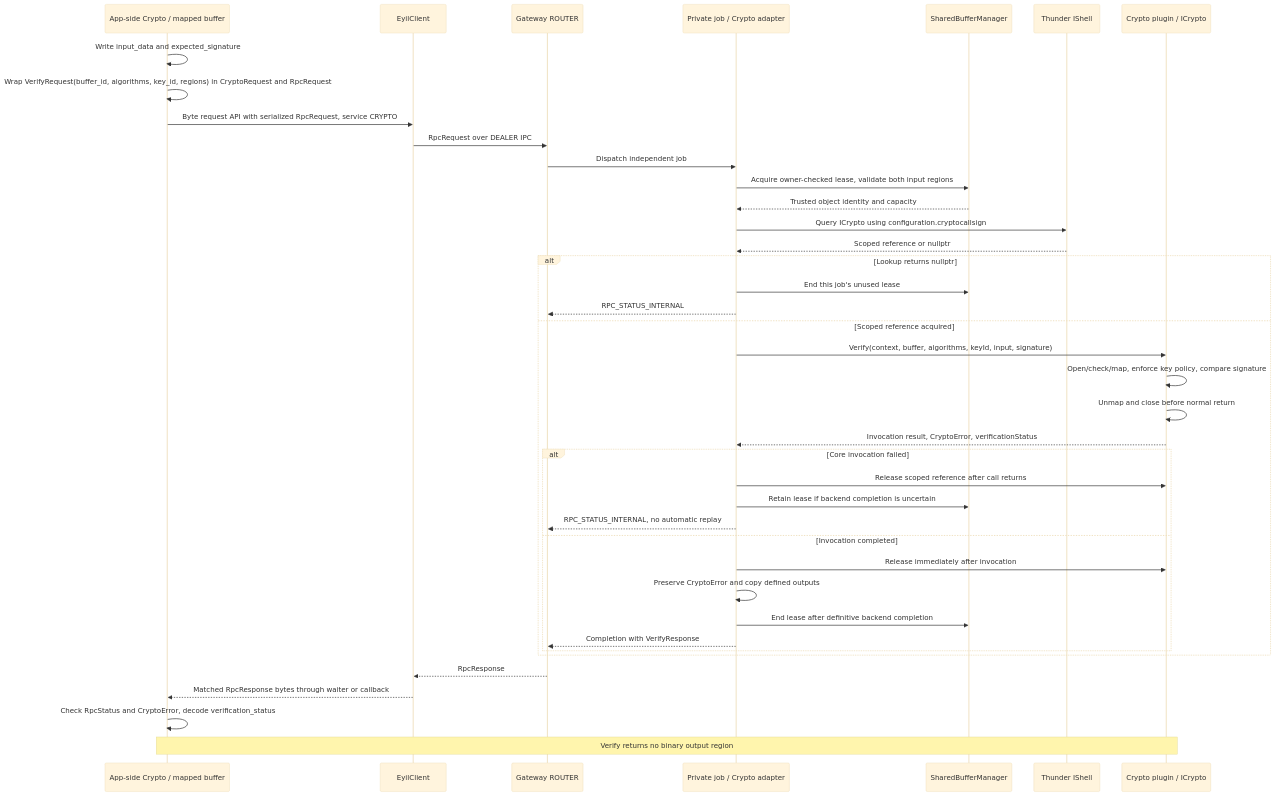
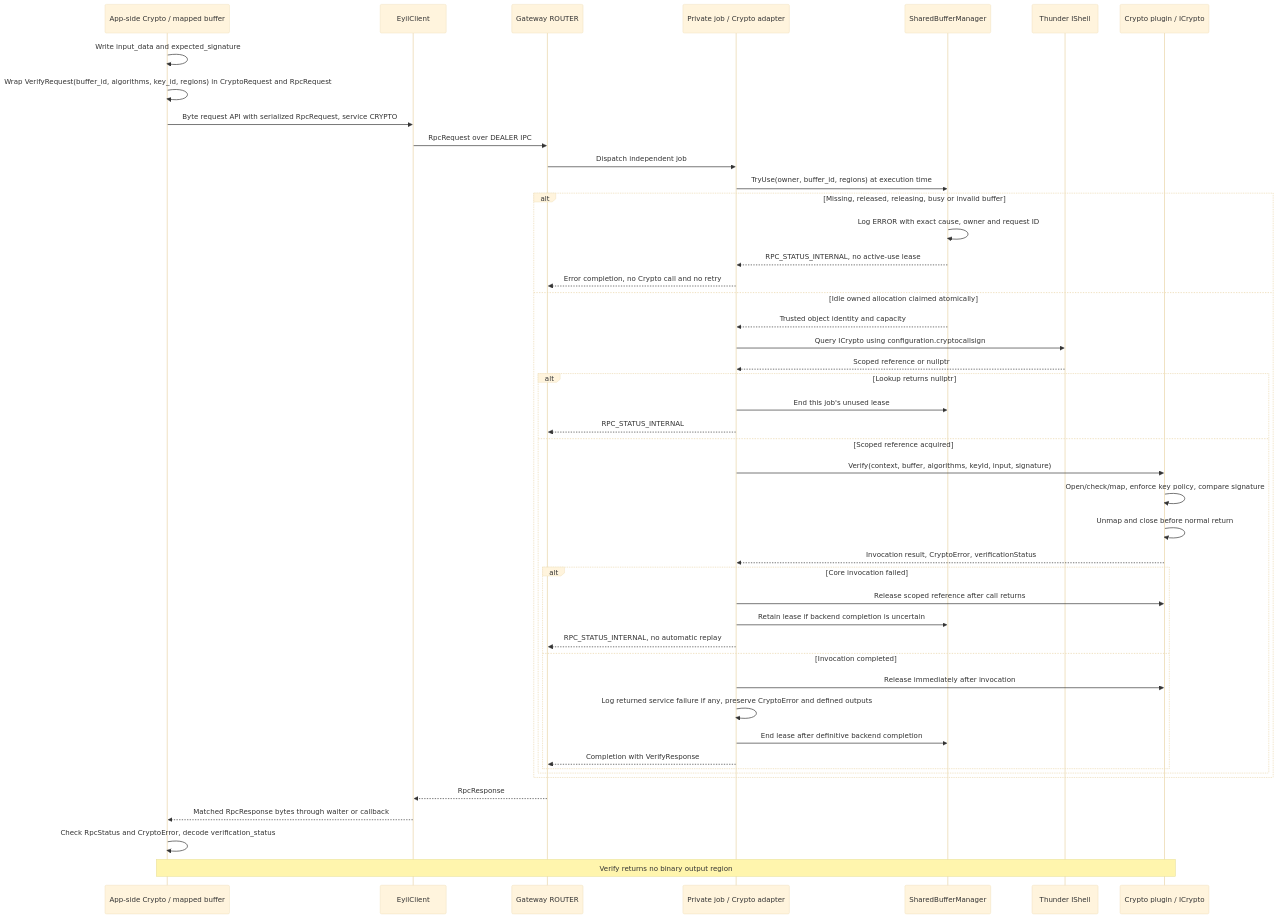
One commit to rdkcentral/eyil-secure-gateway changed diagram 26 of 36 in doc/EyilSecureGateway.md. Above: the diagram before and after it, drawn with Mermaid (base theme). The commit also changed other lines of this file and 2 other files, not shown here.

````diff
--- a/doc/EyilSecureGateway.md
+++ b/doc/EyilSecureGateway.md
@@ -3630,42 +3718,48 @@
 ```mermaid
 sequenceDiagram
     participant A as App-side Crypto / mapped buffer
     participant L as EyilClient
     participant R as Gateway ROUTER
     participant J as Private job / Crypto adapter
     participant B as SharedBufferManager
     participant T as Thunder IShell
     participant C as Crypto plugin / ICrypto
     A->>A: Write input_data and expected_signature
     A->>A: Wrap VerifyRequest(buffer_id, algorithms, key_id, regions) in CryptoRequest and RpcRequest
     A->>L: Byte request API with serialized RpcRequest, service CRYPTO
     L->>R: RpcRequest over DEALER IPC
     R->>J: Dispatch independent job
-    J->>B: Acquire owner-checked lease, validate both input regions
-    B-->>J: Trusted object identity and capacity
-    J->>T: Query ICrypto using configuration.cryptocallsign
-    T-->>J: Scoped reference or nullptr
-    alt Lookup returns nullptr
-        J->>B: End this job's unused lease
-        J-->>R: RPC_STATUS_INTERNAL
-    else Scoped reference acquired
-        J->>C: Verify(context, buffer, algorithms, keyId, input, signature)
-        C->>C: Open/check/map, enforce key policy, compare signature
-        C->>C: Unmap and close before normal return
-        C-->>J: Invocation result, CryptoError, verificationStatus
-        alt Core invocation failed
-            J->>C: Release scoped reference after call returns
-            J->>B: Retain lease if backend completion is uncertain
-            J-->>R: RPC_STATUS_INTERNAL, no automatic replay
-        else Invocation completed
-            J->>C: Release immediately after invocation
-            J->>J: Preserve CryptoError and copy defined outputs
-            J->>B: End lease after definitive backend completion
-            J-->>R: Completion with VerifyResponse
+    J->>B: TryUse(owner, buffer_id, regions) at execution time
+    alt Missing, released, releasing, busy or invalid buffer
+        B->>B: Log ERROR with exact cause, owner and request ID
+        B-->>J: RPC_STATUS_INTERNAL, no active-use lease
+        J-->>R: Error completion, no Crypto call and no retry
+    else Idle owned allocation claimed atomically
+        B-->>J: Trusted object identity and capacity
+        J->>T: Query ICrypto using configuration.cryptocallsign
+        T-->>J: Scoped reference or nullptr
+        alt Lookup returns nullptr
+            J->>B: End this job's unused lease
+            J-->>R: RPC_STATUS_INTERNAL
+        else Scoped reference acquired
+            J->>C: Verify(context, buffer, algorithms, keyId, input, signature)
+            C->>C: Open/check/map, enforce key policy, compare signature
+            C->>C: Unmap and close before normal return
+            C-->>J: Invocation result, CryptoError, verificationStatus
+            alt Core invocation failed
+                J->>C: Release scoped reference after call returns
+                J->>B: Retain lease if backend completion is uncertain
+                J-->>R: RPC_STATUS_INTERNAL, no automatic replay
+            else Invocation completed
+                J->>C: Release immediately after invocation
+                J->>J: Log returned service failure if any, preserve CryptoError and defined outputs
+                J->>B: End lease after definitive backend completion
+                J-->>R: Completion with VerifyResponse
+            end
         end
     end
     R-->>L: RpcResponse
     L-->>A: Matched RpcResponse bytes through waiter or callback
     A->>A: Check RpcStatus and CryptoError, decode verification_status
     Note over A,C: Verify returns no binary output region
 ```
````
